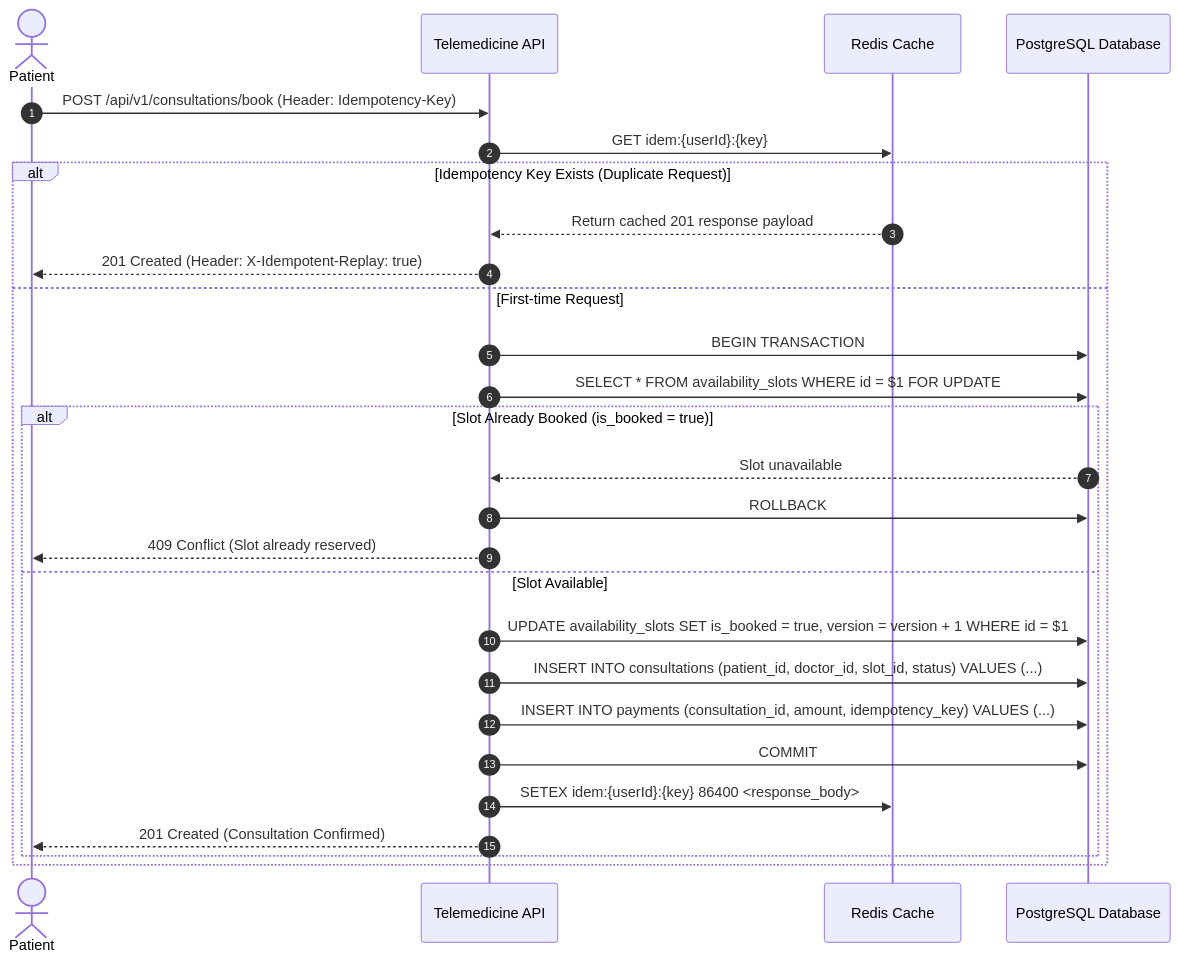
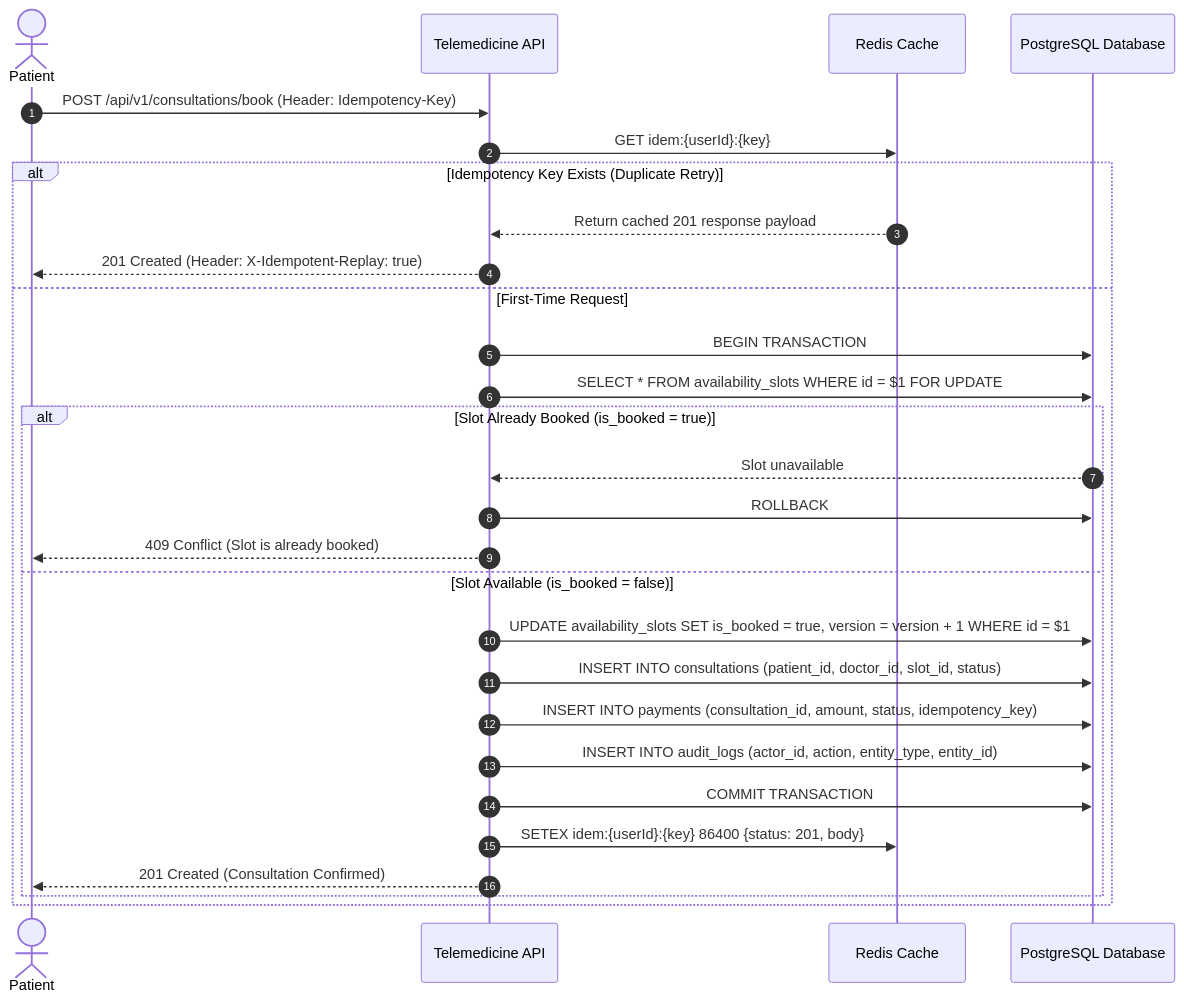
The second of 3 diagrams in docs/ARCHITECTURE.md (Harsh64041/amrutam-telemedicine-backend), drawn with Mermaid before and after one commit. The commit also changed other lines of this file and 1 other file, not shown here.

Commit message:
docs: complete production README, ARCHITECTURE, and SECURITY documentation

````diff
--- a/docs/ARCHITECTURE.md
+++ b/docs/ARCHITECTURE.md
@@ -23,30 +32,31 @@
 ```mermaid
 sequenceDiagram
     autonumber
     actor Patient
     participant API as Telemedicine API
     participant Redis as Redis Cache
     participant DB as PostgreSQL Database
 
     Patient->>API: POST /api/v1/consultations/book (Header: Idempotency-Key)
     API->>Redis: GET idem:{userId}:{key}
-    alt Idempotency Key Exists (Duplicate Request)
+    alt Idempotency Key Exists (Duplicate Retry)
         Redis-->>API: Return cached 201 response payload
         API-->>Patient: 201 Created (Header: X-Idempotent-Replay: true)
-    else First-time Request
+    else First-Time Request
         API->>DB: BEGIN TRANSACTION
         API->>DB: SELECT * FROM availability_slots WHERE id = $1 FOR UPDATE
         alt Slot Already Booked (is_booked = true)
             DB-->>API: Slot unavailable
             API->>DB: ROLLBACK
-            API-->>Patient: 409 Conflict (Slot already reserved)
-        else Slot Available
+            API-->>Patient: 409 Conflict (Slot is already booked)
+        else Slot Available (is_booked = false)
             API->>DB: UPDATE availability_slots SET is_booked = true, version = version + 1 WHERE id = $1
-            API->>DB: INSERT INTO consultations (patient_id, doctor_id, slot_id, status) VALUES (...)
-            API->>DB: INSERT INTO payments (consultation_id, amount, idempotency_key) VALUES (...)
-            API->>DB: COMMIT
-            API->>Redis: SETEX idem:{userId}:{key} 86400 <response_body>
+            API->>DB: INSERT INTO consultations (patient_id, doctor_id, slot_id, status)
+            API->>DB: INSERT INTO payments (consultation_id, amount, status, idempotency_key)
+            API->>DB: INSERT INTO audit_logs (actor_id, action, entity_type, entity_id)
+            API->>DB: COMMIT TRANSACTION
+            API->>Redis: SETEX idem:{userId}:{key} 86400 {status: 201, body}
             API-->>Patient: 201 Created (Consultation Confirmed)
         end
     end
 ```
````
